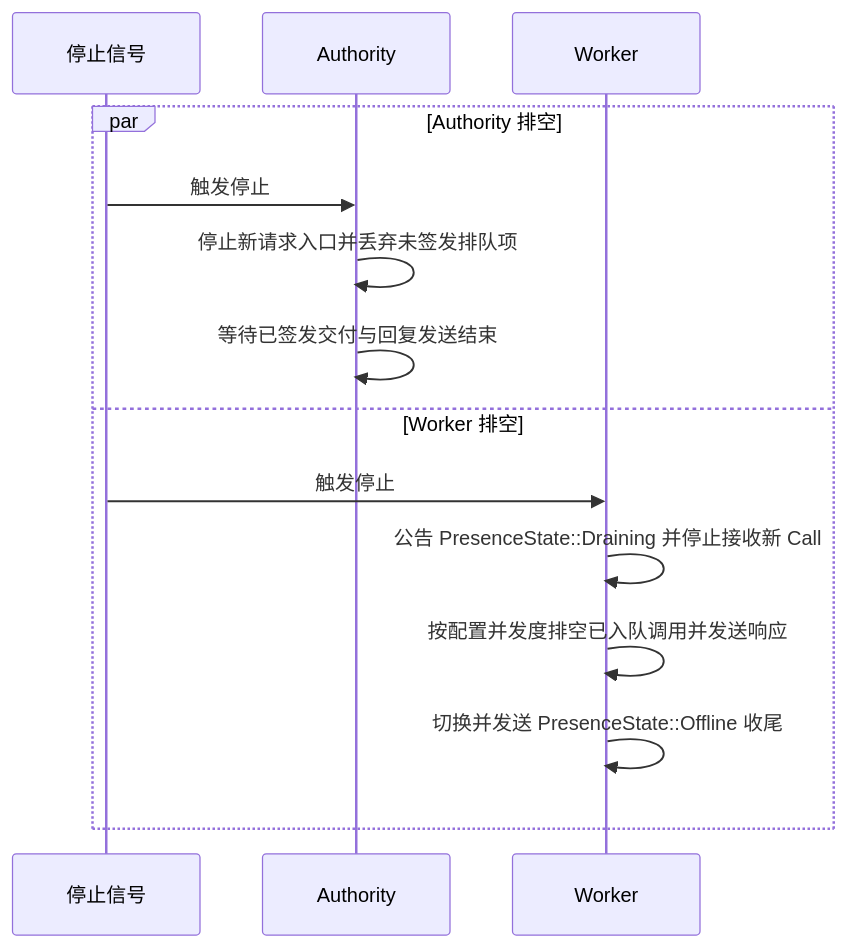
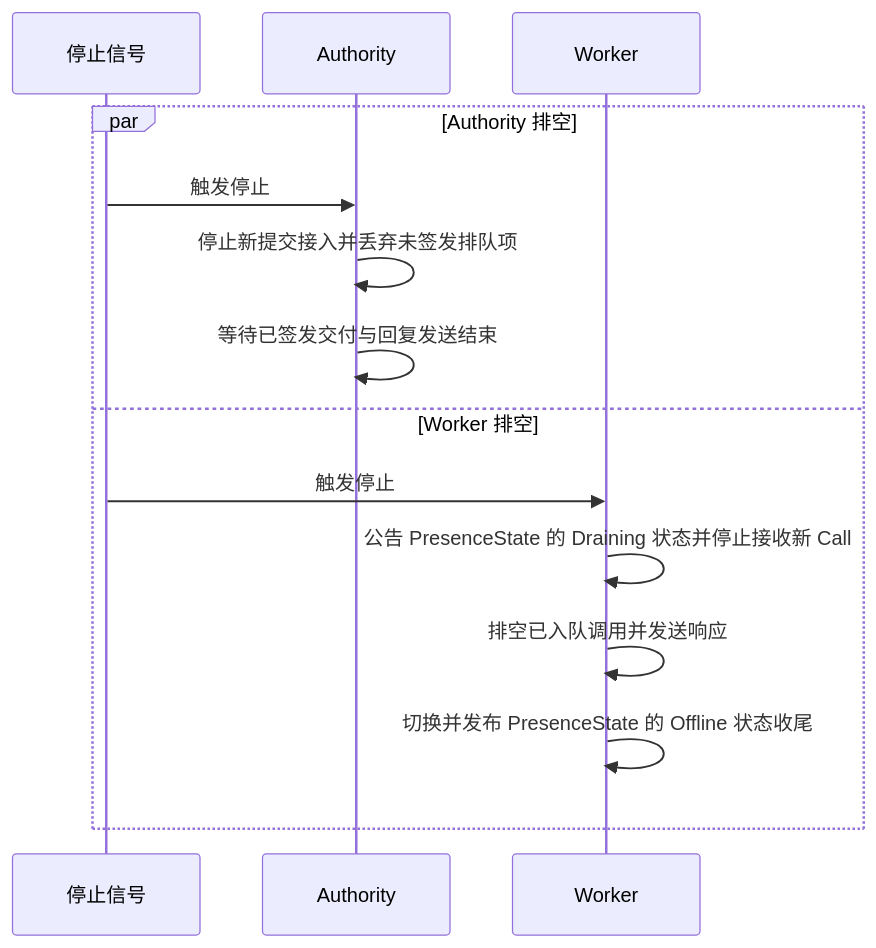
One commit to Everfold/Beamlet changed the second of 2 diagrams in spec/04-routing.md. Above: the diagram before and after it, drawn with Mermaid. The commit also changed other lines of this file and 10 other files, not shown here.

````diff
--- a/spec/04-routing.md
+++ b/spec/04-routing.md
@@ -38,17 +38,17 @@
 ```mermaid
 sequenceDiagram
     participant S as 停止信号
     participant A as Authority
     participant W as Worker
 
     par Authority 排空
         S->>A: 触发停止
-        A->>A: 停止新请求入口并丢弃未签发排队项
+        A->>A: 停止新提交接入并丢弃未签发排队项
         A->>A: 等待已签发交付与回复发送结束
     and Worker 排空
         S->>W: 触发停止
-        W->>W: 公告 PresenceState::Draining 并停止接收新 Call
-        W->>W: 按配置并发度排空已入队调用并发送响应
-        W->>W: 切换并发送 PresenceState::Offline 收尾
+        W->>W: 公告 PresenceState 的 Draining 状态并停止接收新 Call
+        W->>W: 排空已入队调用并发送响应
+        W->>W: 切换并发布 PresenceState 的 Offline 状态收尾
     end
 ```
````
